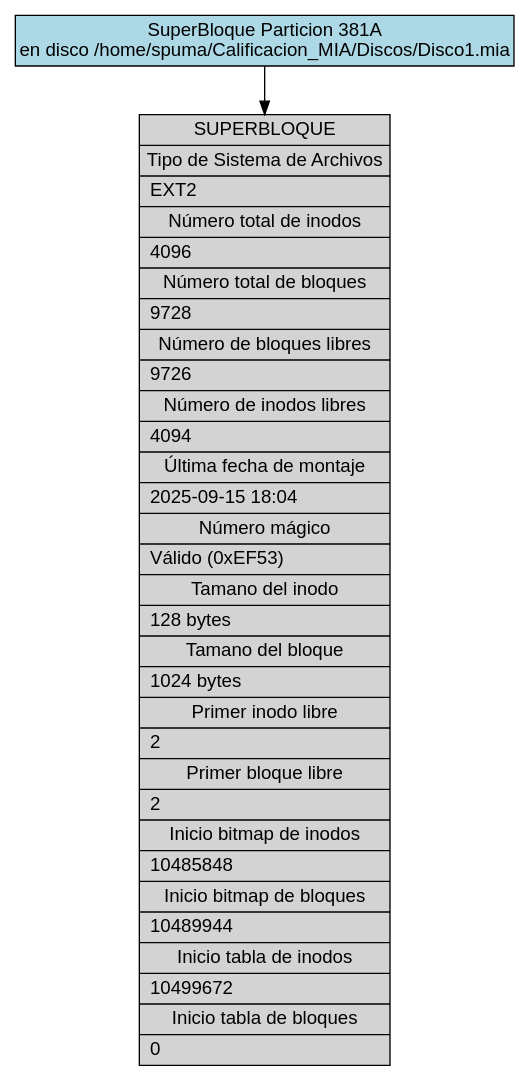
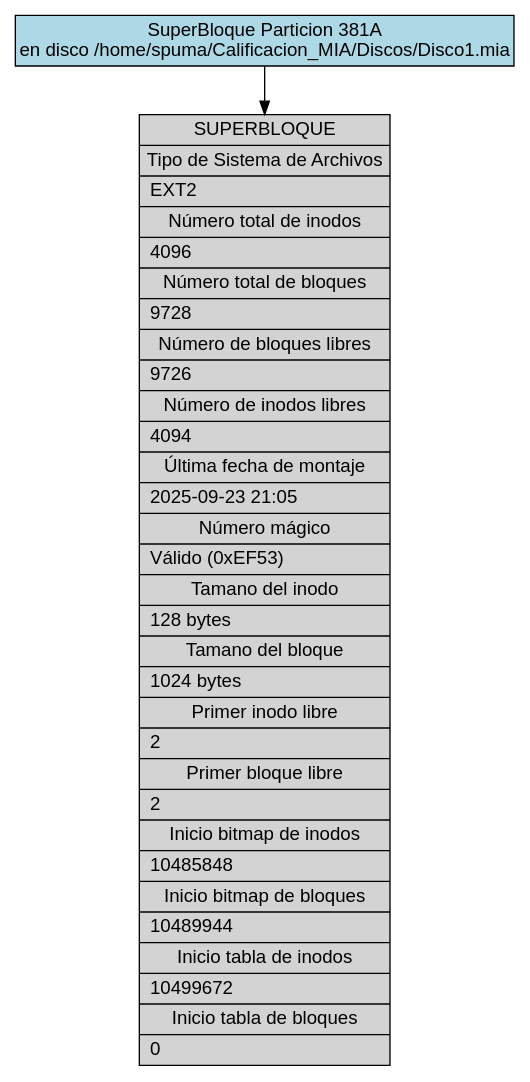
The diagram in backend/provider/reports/src/sb_381A.dot (DiegVas/MIA_2S2025_P2_202300638), drawn with Graphviz before and after one commit. The commit also changed 27 other files, not shown here.

```diff
--- a/backend/provider/reports/src/sb_381A.dot
+++ b/backend/provider/reports/src/sb_381A.dot
@@ -1,13 +1,13 @@
 digraph Superblock_Report {
     rankdir=TB;
     node [shape=record, fontname="Arial"];
     edge [fontname="Arial"];
     graph [fontname="Arial"];
 
     title [label="SuperBloque Particion 381A\nen disco /home/spuma/Calificacion_MIA/Discos/Disco1.mia", shape=box, style=filled, fillcolor=lightblue];
 
-    superblock [label="{SUPERBLOQUE|Tipo de Sistema de Archivos|EXT2\l|Número total de inodos|4096\l|Número total de bloques|9728\l|Número de bloques libres|9726\l|Número de inodos libres|4094\l|Última fecha de montaje|2025-09-15 18:04\l|Número mágico|Válido (0xEF53)\l|Tamano del inodo|128 bytes\l|Tamano del bloque|1024 bytes\l|Primer inodo libre|2\l|Primer bloque libre|2\l|Inicio bitmap de inodos|10485848\l|Inicio bitmap de bloques|10489944\l|Inicio tabla de inodos|10499672\l|Inicio tabla de bloques|0\l}", style=filled, fillcolor=lightgray];
+    superblock [label="{SUPERBLOQUE|Tipo de Sistema de Archivos|EXT2\l|Número total de inodos|4096\l|Número total de bloques|9728\l|Número de bloques libres|9726\l|Número de inodos libres|4094\l|Última fecha de montaje|2025-09-23 21:05\l|Número mágico|Válido (0xEF53)\l|Tamano del inodo|128 bytes\l|Tamano del bloque|1024 bytes\l|Primer inodo libre|2\l|Primer bloque libre|2\l|Inicio bitmap de inodos|10485848\l|Inicio bitmap de bloques|10489944\l|Inicio tabla de inodos|10499672\l|Inicio tabla de bloques|0\l}", style=filled, fillcolor=lightgray];
 
     title -> superblock;
 
 }
```
